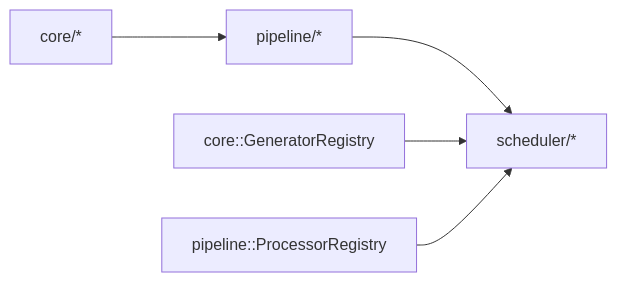
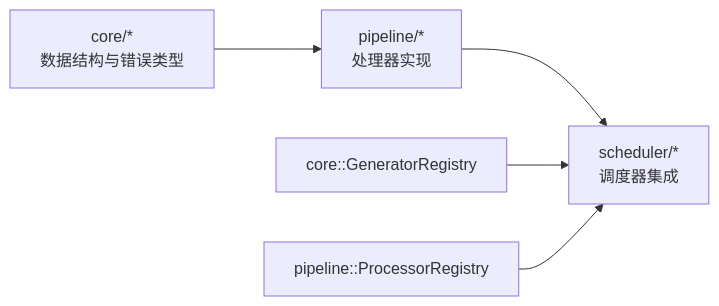
Before and after one commit to shiyukonghui/StructGen-rs: the tenth of 10 diagrams in .qoder/repowiki/zh/content/后处理管道层/后处理管道层.md, drawn with Mermaid. The commit also changed other lines of this file and 8 other files, not shown here.

````diff
--- a/.qoder/repowiki/zh/content/后处理管道层/后处理管道层.md
+++ b/.qoder/repowiki/zh/content/后处理管道层/后处理管道层.md
@@ -361,7 +396,7 @@
 ```mermaid
 graph LR
-CORE["core/*"] --> PIPE["pipeline/*"]
-PIPE --> SCHED["scheduler/*"]
+CORE["core/*<br/>数据结构与错误类型"] --> PIPE["pipeline/*<br/>处理器实现"]
+PIPE --> SCHED["scheduler/*<br/>调度器集成"]
 GENREG["core::GeneratorRegistry"] --> SCHED
 PROCREG["pipeline::ProcessorRegistry"] --> SCHED
 ```
````
